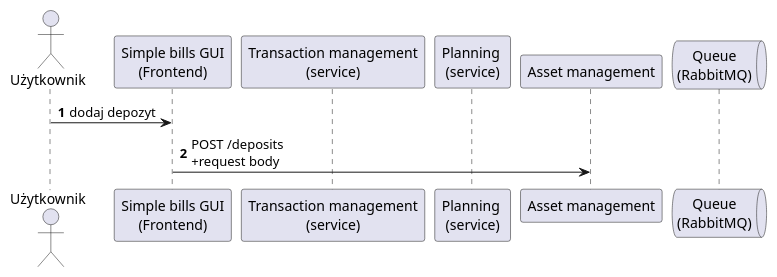
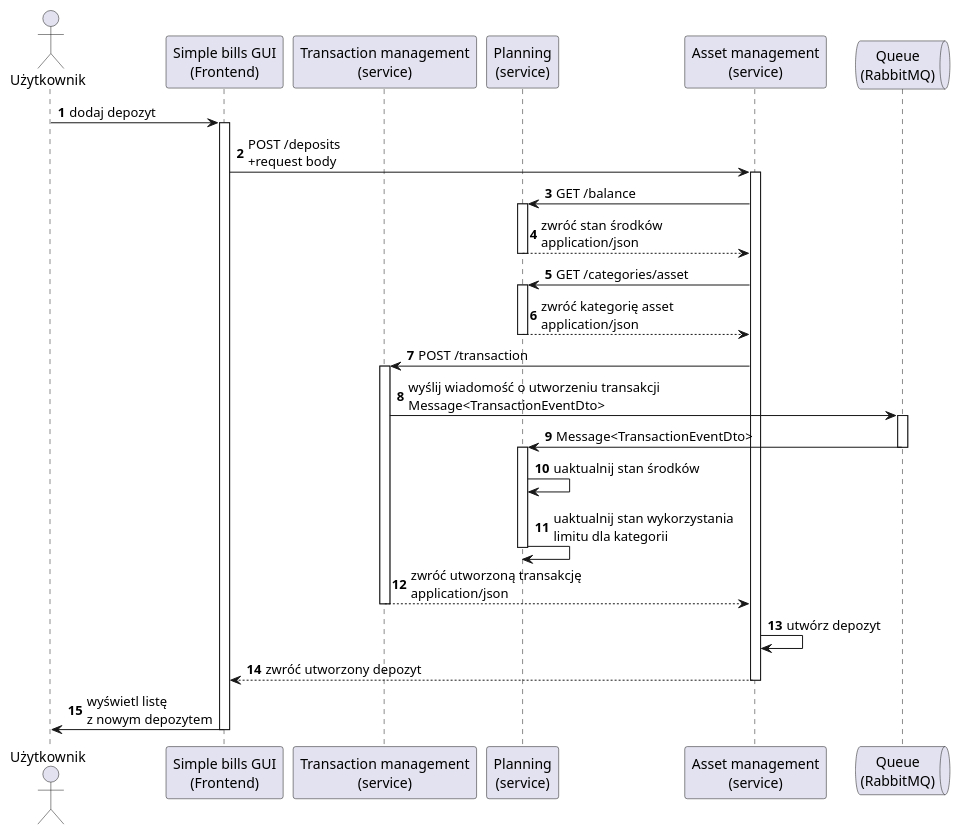
Before and after one commit to lukaszse/simple-bills: the diagram in diagrams/sewuence-diagrams/add-new-deposit.puml, drawn with PlantUML. The commit also changed 1 other file, not shown here.

Commit message:
update diagrams

```diff
--- a/diagrams/sewuence-diagrams/add-new-deposit.puml
+++ b/diagrams/sewuence-diagrams/add-new-deposit.puml
@@ -1,17 +1,56 @@
 @startuml
 'https://plantuml.com/sequence-diagram
 
 autonumber
 
 actor Użytkownik as user
 participant "Simple bills GUI\n(Frontend)" as gui
 participant "Transaction management\n(service)" as transaction
-participant "Planning \n(service)" as planning
-participant "Asset management" as asset
+participant "Planning\n(service)" as planning
+participant "Asset management\n(service)" as asset
 queue "Queue\n(RabbitMQ)" as rabbit
 
 user -> gui: dodaj depozyt
+activate gui
 
 gui -> asset: POST /deposits\n+request body
+activate asset
+
+asset -> planning:GET /balance
+activate planning
+
+planning --> asset: zwróć stan środków\napplication/json
+deactivate planning
+
+asset -> planning: GET /categories/asset
+activate planning
+
+planning --> asset: zwróć kategorię asset\napplication/json
+deactivate planning
+
+asset -> transaction: POST /transaction
+activate transaction
+
+transaction -> rabbit: wyślij wiadomość o utworzeniu transakcji\nMessage<TransactionEventDto>
+activate rabbit
+
+rabbit -> planning: Message<TransactionEventDto>
+deactivate rabbit
+activate planning
+
+planning -> planning: uaktualnij stan środków
+planning -> planning: uaktualnij stan wykorzystania\nlimitu dla kategorii
+deactivate planning
+
+transaction --> asset: zwróć utworzoną transakcję\napplication/json
+deactivate transaction
+
+asset -> asset: utwórz depozyt
+
+asset --> gui: zwróć utworzony depozyt
+deactivate asset
+
+gui -> user: wyświetl listę\nz nowym depozytem
+deactivate gui
 
 @enduml
```
